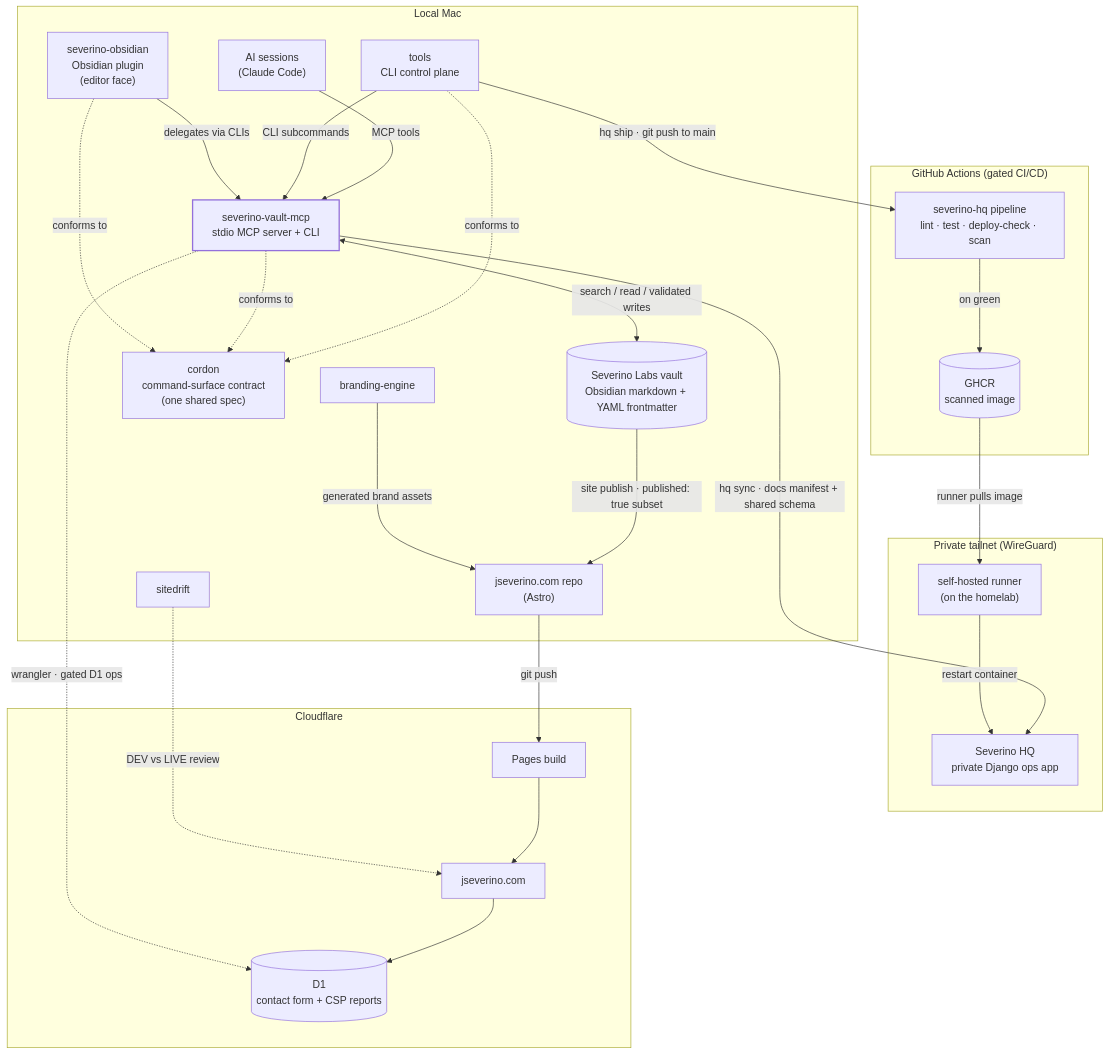
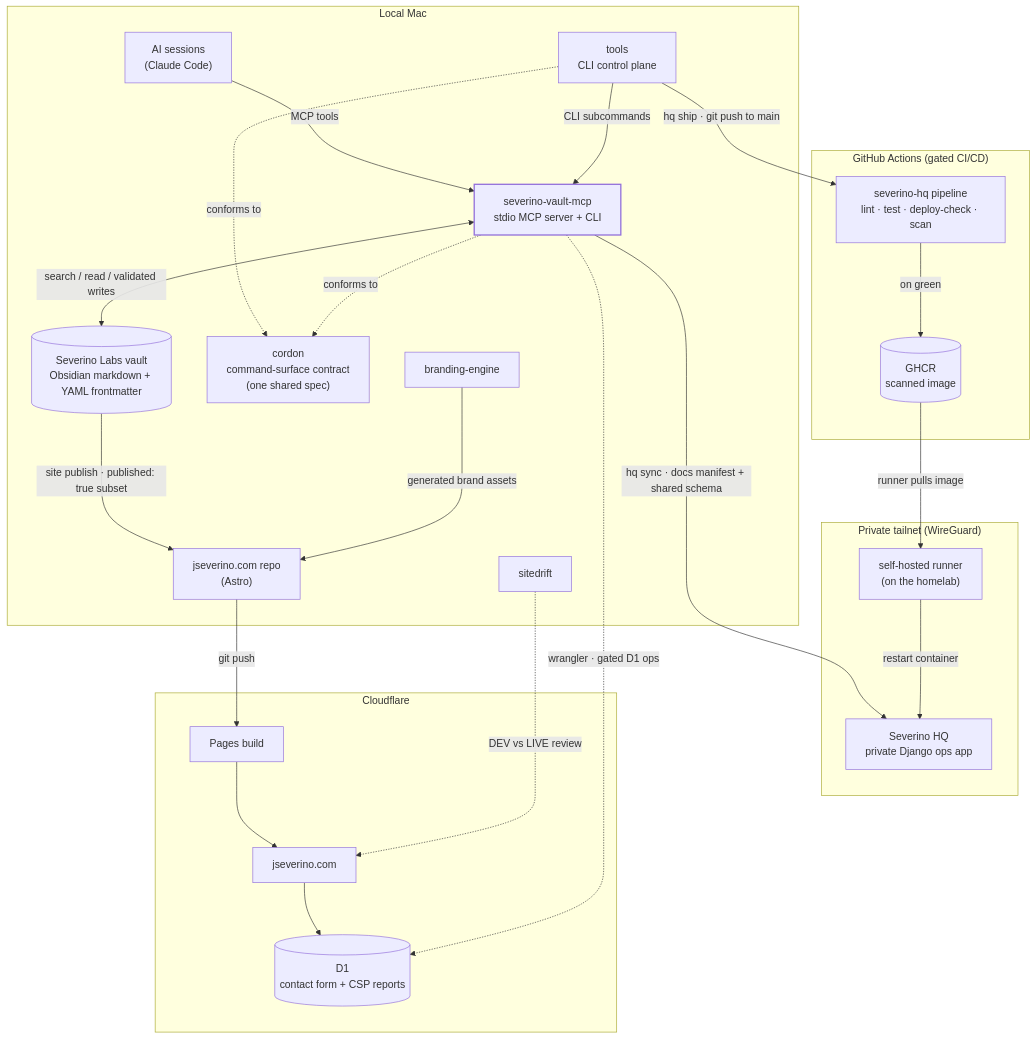
Before and after one commit to joeseverino/joeseverino: the diagram in docs/diagrams/architecture.mmd, drawn with Mermaid. The commit also changed 2 other files, not shown here.

Commit message:
docs: editor face prose + MCP command surface and TUIs (master map unchanged)

```diff
--- a/docs/diagrams/architecture.mmd
+++ b/docs/diagrams/architecture.mmd
@@ -1,53 +1,50 @@
 %%{init: {'flowchart': {'rankSpacing': 80, 'nodeSpacing': 55}}}%%
 flowchart TB
     subgraph mac["Local Mac"]
         vault[("Severino Labs vault<br/>Obsidian markdown + YAML frontmatter")]
         mcp["severino-vault-mcp<br/>stdio MCP server + CLI"]
         ai["AI sessions<br/>(Claude Code)"]
         tools["tools<br/>CLI control plane"]
-        obsidian["severino-obsidian<br/>Obsidian plugin<br/>(editor face)"]
         cordon["cordon<br/>command-surface contract<br/>(one shared spec)"]
         siterepo["jseverino.com repo<br/>(Astro)"]
         brand["branding-engine"]
         drift["sitedrift"]
     end
 
     subgraph gh["GitHub Actions (gated CI/CD)"]
         ci["severino-hq pipeline<br/>lint · test · deploy-check · scan"]
         ghcr[("GHCR<br/>scanned image")]
     end
 
     subgraph tailnet["Private tailnet (WireGuard)"]
         runner["self-hosted runner<br/>(on the homelab)"]
         hq["Severino HQ<br/>private Django ops app"]
     end
 
     subgraph cf["Cloudflare"]
         pages["Pages build"]
         site["jseverino.com"]
         d1[("D1<br/>contact form + CSP reports")]
     end
 
     ai -->|"MCP tools"| mcp
     tools -->|"CLI subcommands"| mcp
-    obsidian -->|"delegates via CLIs"| mcp
     mcp <-->|"search / read / validated writes"| vault
     mcp -->|"hq sync · docs manifest + shared schema"| hq
     tools -->|"hq ship · git push to main"| ci
     ci -->|"on green"| ghcr
     ghcr -->|"runner pulls image"| runner
     runner -->|"restart container"| hq
     vault -->|"site publish · published: true subset"| siterepo
     brand -->|"generated brand assets"| siterepo
     siterepo -->|"git push"| pages
     pages --> site
     site --> d1
     mcp -.->|"wrangler · gated D1 ops"| d1
     drift -.->|"DEV vs LIVE review"| site
     tools -.->|"conforms to"| cordon
     mcp -.->|"conforms to"| cordon
-    obsidian -.->|"conforms to"| cordon
 
     %% the control-plane hub every surface flows through — styled by .anchor in the shared theme
     classDef anchor stroke-width:2px;
     class mcp anchor;
```
